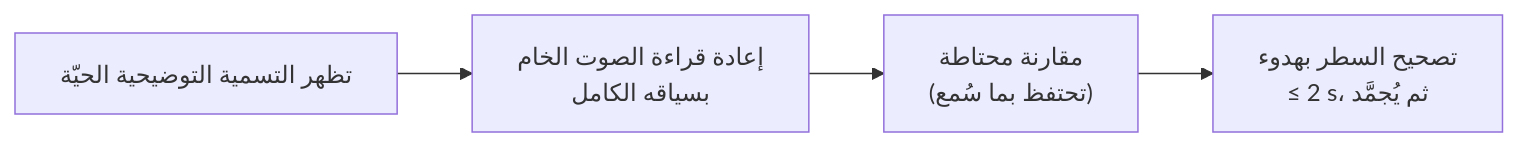
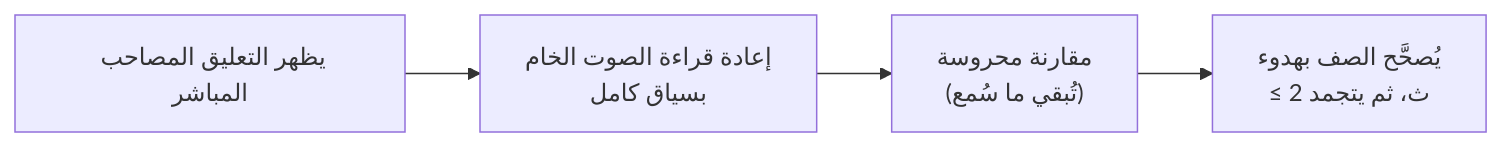
The third of 4 diagrams in README_ar.md (rpalm01-star/VigilantEarLegal), drawn with Mermaid before and after one commit. The commit also changed other lines of this file and 14 other files, not shown here.

````diff
--- a/README_ar.md
+++ b/README_ar.md
@@ -168,4 +189,4 @@
 ```mermaid
 graph LR
-    L["تظهر التسمية التوضيحية الحيّة"] --> K["إعادة قراءة الصوت الخام<br/>بسياقه الكامل"] --> V["مقارنة محتاطة<br/>(تحتفظ بما سُمع)"] --> W["تصحيح السطر بهدوء<br/>≤ 2 s، ثم يُجمَّد"]
+    L["يظهر التعليق المصاحب المباشر"] --> K["إعادة قراءة الصوت الخام<br/>بسياق كامل"] --> V["مقارنة محروسة<br/>(تُبقي ما سُمع)"] --> W["يُصحَّح الصف بهدوء<br/>≤ 2 ث، ثم يتجمد"]
 ```
````
